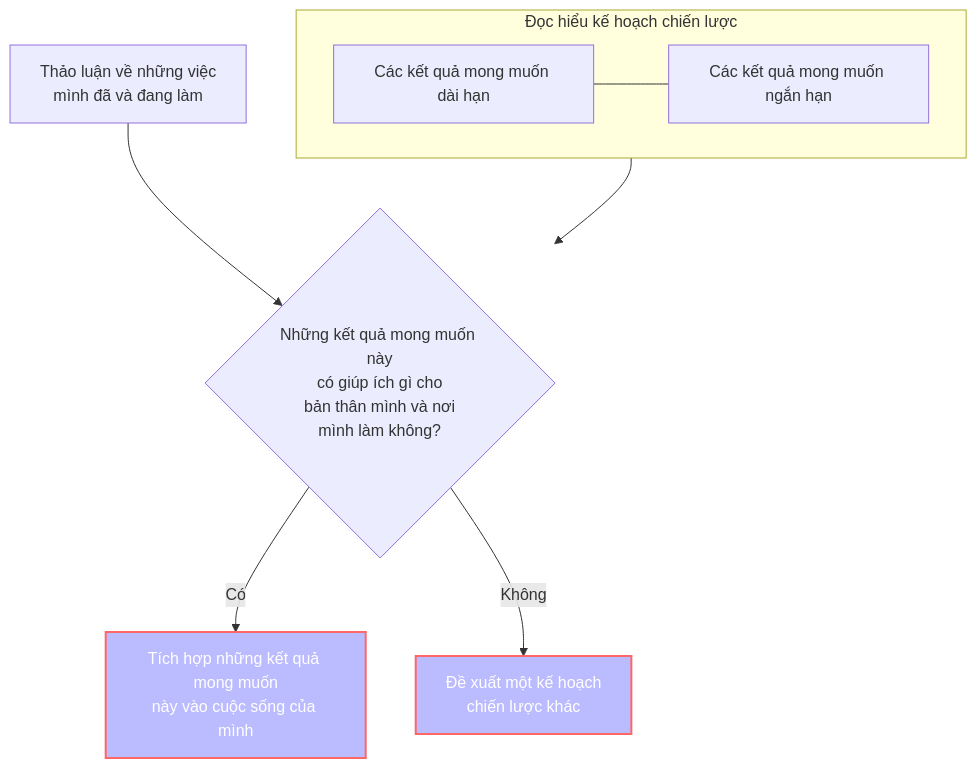
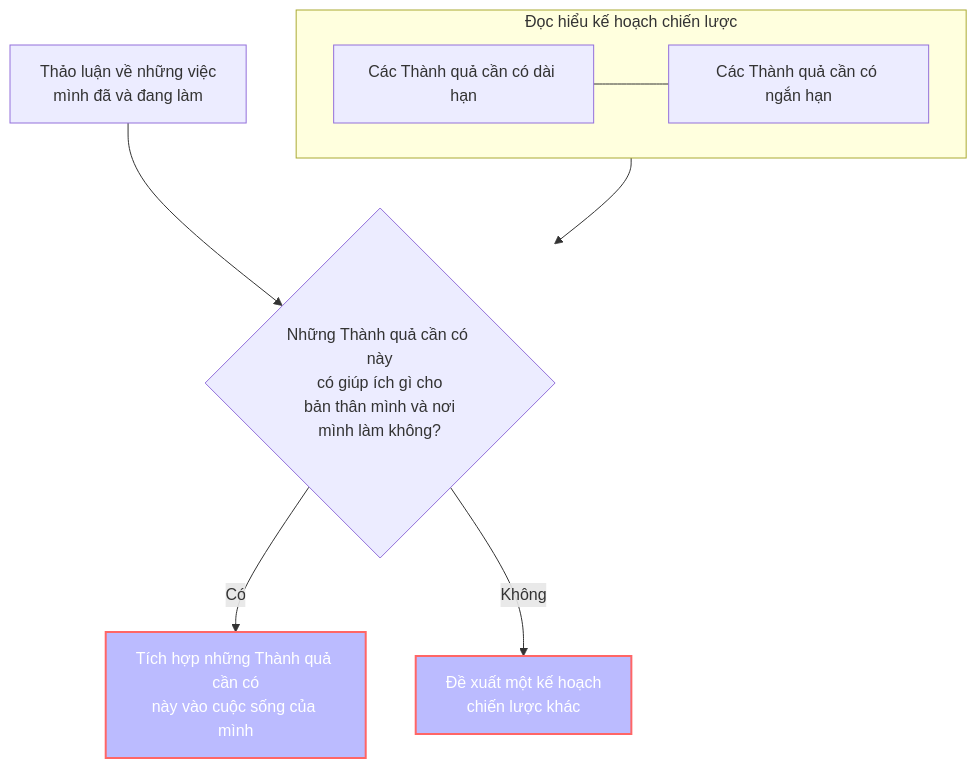
Before and after one commit to QuaCau-TheSphere/LandofSpheres: the diagram in 2 Kỹ năng, thử thách, mức độ thành thạo/21 Hiểu Quả Cầu/Thử thách/Thay đổi định hướng của Quả Cầu cho phù hợp với định hướng của bạn.md, drawn with Mermaid. The commit also changed other lines of this file and 410 other files, not shown here.

````diff
--- a/2 Kỹ năng, thử thách, mức độ thành thạo/21 Hiểu Quả Cầu/Thử thách/Thay đổi định hướng của Quả Cầu cho phù hợp với định hướng của bạn.md
+++ b/2 Kỹ năng, thử thách, mức độ thành thạo/21 Hiểu Quả Cầu/Thử thách/Thay đổi định hướng của Quả Cầu cho phù hợp với định hướng của bạn.md
@@ -3,25 +3,25 @@
 ```mermaid
 flowchart TD;  
 
-1[Các kết quả mong muốn dài hạn]
-2[Các kết quả mong muốn ngắn hạn]
-4{Những kết quả mong muốn này\ncó giúp ích gì cho\nbản thân mình và nơi\nmình làm không?}
-5[Tích hợp những kết quả mong muốn\nnày vào cuộc sống của mình]
+1[Các Thành quả cần có dài hạn]
+2[Các Thành quả cần có ngắn hạn]
+4{Những Thành quả cần có này\ncó giúp ích gì cho\nbản thân mình và nơi\nmình làm không?}
+5[Tích hợp những Thành quả cần có\nnày vào cuộc sống của mình]
 6[Đề xuất một kế hoạch\nchiến lược khác] 
 
 subgraph Hiểu [Đọc hiểu kế hoạch chiến lược]
 direction LR
 1---2
 end
 
 a[Thảo luận về những việc\nmình đã và đang làm]
 -->4
 Hiểu-->4-->|Có|5
 4-->|Không|6
 
 style 5 fill:#bbf,stroke:#f66,stroke-width:2px,color:#fff
 style 6 fill:#bbf,stroke:#f66,stroke-width:2px,color:#fff
 
 click 1 "obsidian://open?vault=Obsidian&file=C%C3%A1c%20d%E1%BB%B1%20%C3%A1n%20th%C3%A0nh%20ph%E1%BA%A7n"
 click 2 "obsidian://open?vault=Obsidian&file=00.2%20K%E1%BA%BF%20ho%E1%BA%A1ch%20t%E1%BB%95ng%20th%E1%BB%83"
 ```
````
